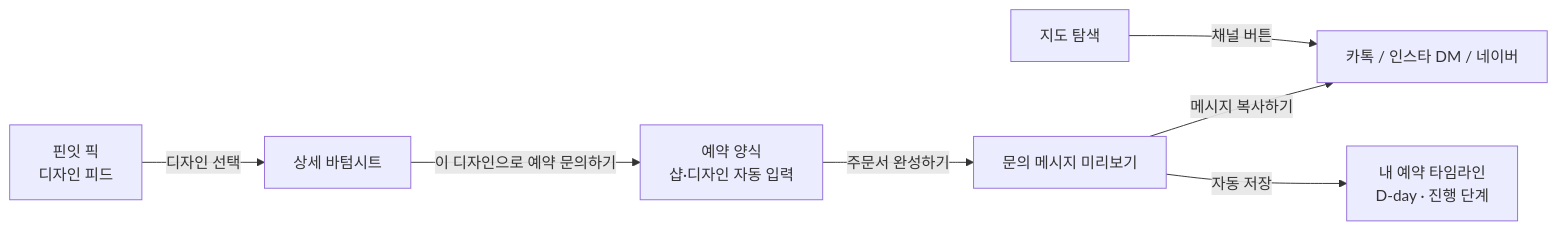
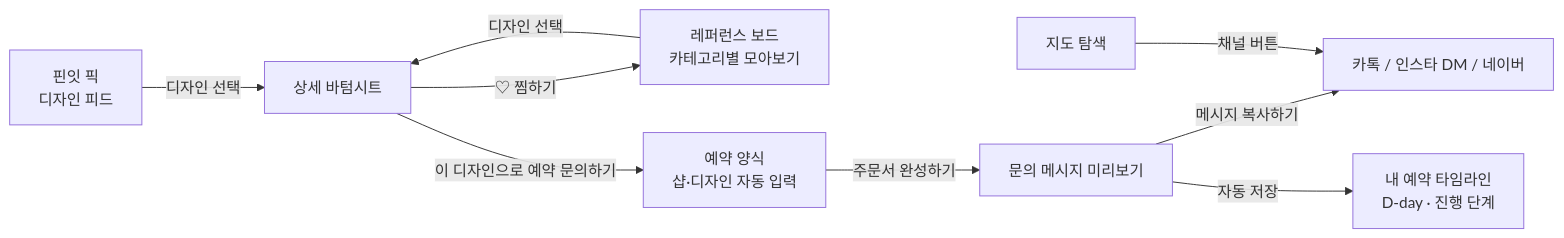
One commit to yeonland/portfolio changed the diagram in pinit_app/README.md. Above: the diagram before and after it, drawn with Mermaid. The commit also changed other lines of this file and 5 other files, not shown here.

First line of the commit message:
핀잇: 레퍼런스 보드(찜하기) 추가

````diff
--- a/pinit_app/README.md
+++ b/pinit_app/README.md
@@ -37,9 +38,11 @@
 ```mermaid
 flowchart LR
     A[핀잇 픽<br/>디자인 피드] -->|디자인 선택| B[상세 바텀시트]
+    B -->|♡ 찜하기| H[레퍼런스 보드<br/>카테고리별 모아보기]
+    H -->|디자인 선택| B
     B -->|이 디자인으로 예약 문의하기| C[예약 양식<br/>샵·디자인 자동 입력]
     C -->|주문서 완성하기| D[문의 메시지 미리보기]
     D -->|메시지 복사하기| E[카톡 / 인스타 DM / 네이버]
     D -->|자동 저장| G[내 예약 타임라인<br/>D-day · 진행 단계]
     F[지도 탐색] -->|채널 버튼| E
 ```
````
